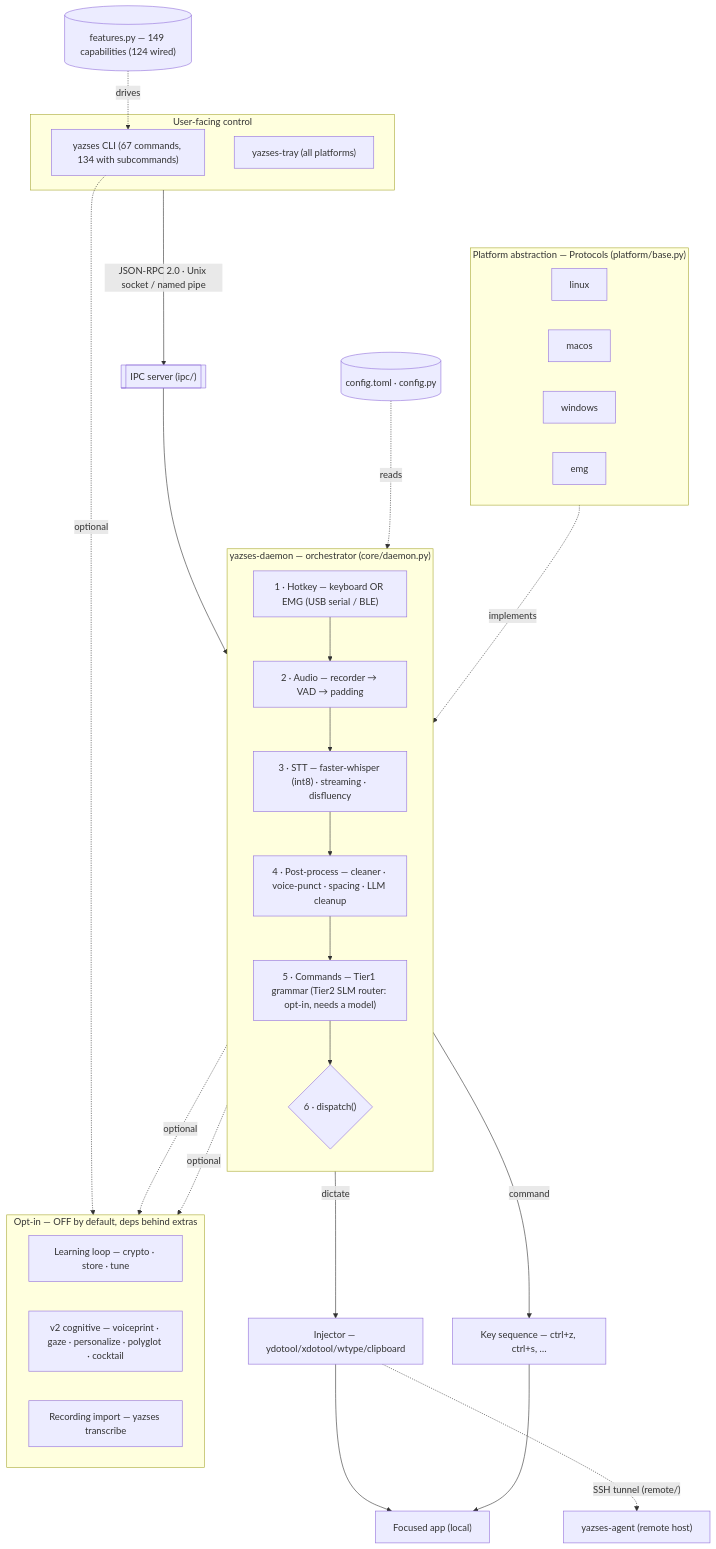
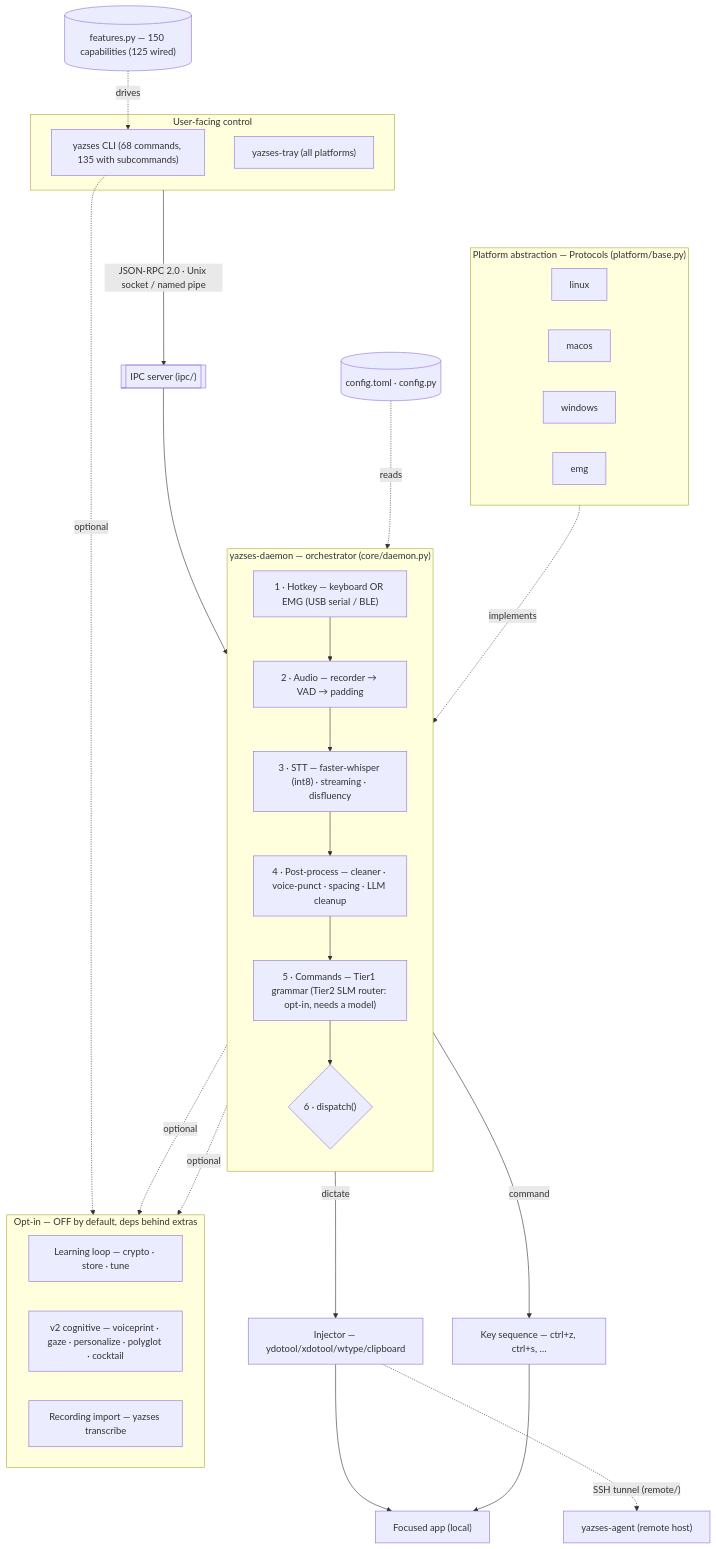
The diagram in docs/diagrams/index.md (MSKazemi/yazses), drawn with Mermaid before and after one commit. The commit also changed 7 other files, not shown here.

````diff
--- a/docs/diagrams/index.md
+++ b/docs/diagrams/index.md
@@ -22,50 +22,50 @@
 ```mermaid
 flowchart TB
   subgraph UI["User-facing control"]
-    CLI["yazses CLI (67 commands, 134 with subcommands)"]
+    CLI["yazses CLI (68 commands, 135 with subcommands)"]
     TRAY["yazses-tray (all platforms)"]
   end
   UI -->|"JSON-RPC 2.0 · Unix socket / named pipe"| IPC[["IPC server (ipc/)"]]
   IPC --> DAEMON
 
   subgraph DAEMON["yazses-daemon — orchestrator (core/daemon.py)"]
     direction TB
     HK["1 · Hotkey — keyboard OR EMG (USB serial / BLE)"]
     AUD["2 · Audio — recorder → VAD → padding"]
     STT["3 · STT — faster-whisper (int8) · streaming · disfluency"]
     PP["4 · Post-process — cleaner · voice-punct · spacing · LLM cleanup"]
     CMD["5 · Commands — Tier1 grammar (Tier2 SLM router: opt-in, needs a model)"]
     DIS{"6 · dispatch()"}
     HK --> AUD --> STT --> PP --> CMD --> DIS
   end
 
   CFG[("config.toml · config.py")]
-  FEAT[("features.py — 149 capabilities (124 wired)")]
+  FEAT[("features.py — 150 capabilities (125 wired)")]
   CFG -. reads .-> DAEMON
   FEAT -. drives .-> CLI
 
   DIS -->|dictate| INJ["Injector — ydotool/xdotool/wtype/clipboard"]
   DIS -->|command| KEYS["Key sequence — ctrl+z, ctrl+s, …"]
   INJ --> APP["Focused app (local)"]
   KEYS --> APP
   INJ -. "SSH tunnel (remote/)" .-> AGENT["yazses-agent (remote host)"]
 
   subgraph PLAT["Platform abstraction — Protocols (platform/base.py)"]
     direction LR
     LNX["linux"]
     MAC["macos"]
     WIN["windows"]
     EMG["emg"]
   end
   PLAT -. implements .-> DAEMON
 
   subgraph OPT["Opt-in — OFF by default, deps behind extras"]
     direction LR
     LEARN["Learning loop — crypto · store · tune"]
     V2["v2 cognitive — voiceprint · gaze · personalize · polyglot · cocktail"]
     RECIMP["Recording import — yazses transcribe"]
   end
   DAEMON -. optional .-> LEARN
   DAEMON -. optional .-> V2
   CLI -. optional .-> RECIMP
 ```
````
